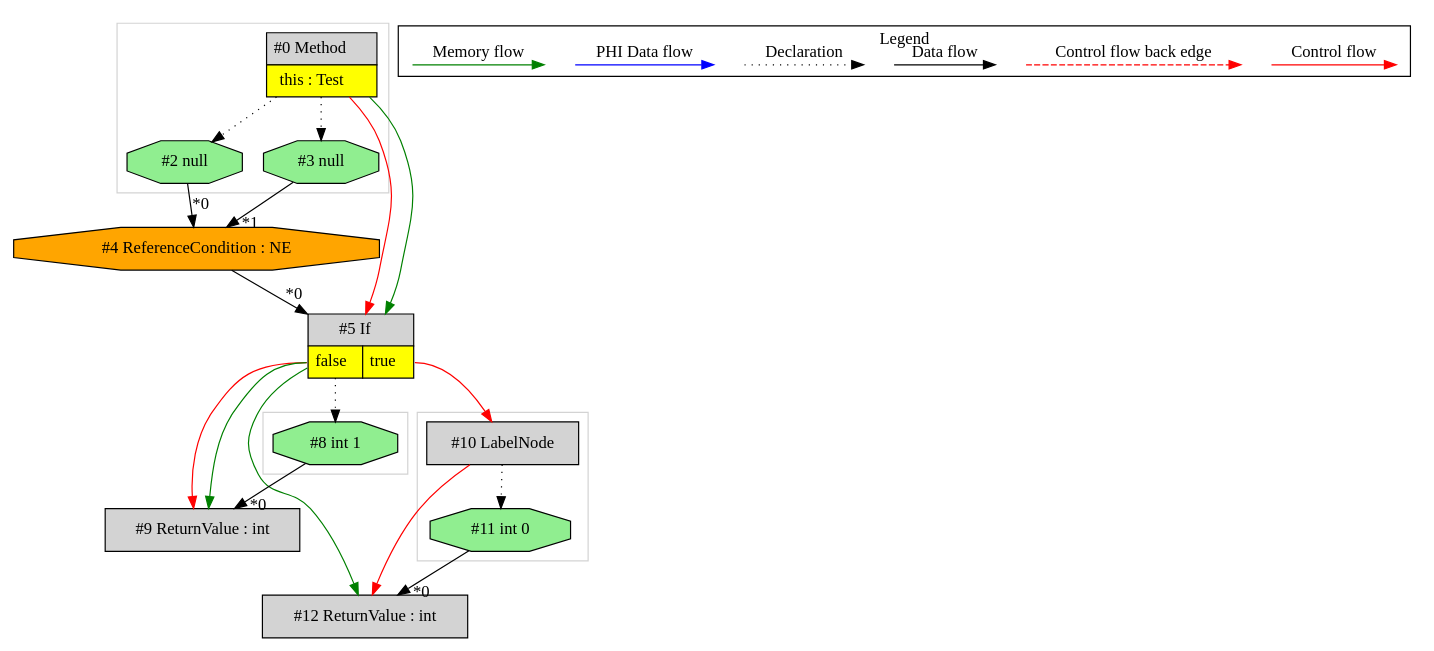
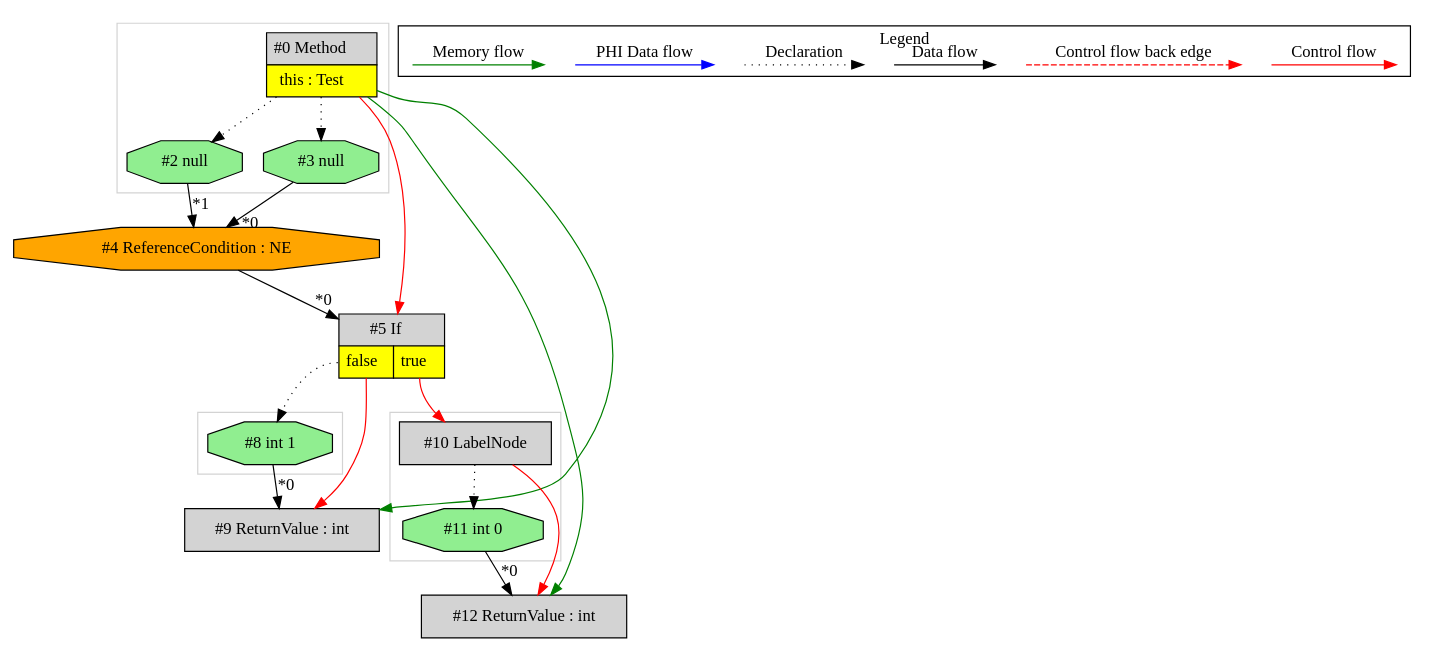
The diagram in de.mirkosertic.metair.ir.OpcodeIFACMPNETest/test_IF_ACMPNE/ir.dot (mirkosertic/MetaIR), drawn with Graphviz before and after one commit. The commit also changed 1370 other files, not shown here.

```diff
--- a/de.mirkosertic.metair.ir.OpcodeIFACMPNETest/test_IF_ACMPNE/ir.dot
+++ b/de.mirkosertic.metair.ir.OpcodeIFACMPNETest/test_IF_ACMPNE/ir.dot
@@ -1,70 +1,69 @@
 digraph {
  ordering="in";
  node0[margin="0", label=<<table border="0" cellborder="1" cellspacing="0" cellpadding="5"><tr><td colspan="1">#0 Method</td></tr><tr><td port="prj1" bgcolor="yellow">this : Test</td></tr></table>>,shape=none, fillcolor=lightgrey, style=filled];
- node3[label="#3 null",shape=octagon, fillcolor=lightgreen, style=filled];
- node0 -> node3[style=dotted];
- node4[label="#4 ReferenceCondition : NE",shape=octagon, fillcolor=orange, style=filled];
- node2 -> node4[headlabel="*0", labeldistance=2];
- node3 -> node4[headlabel="*1", labeldistance=2];
- node2[label="#2 null",shape=octagon, fillcolor=lightgreen, style=filled];
- node0 -> node2[style=dotted];
  node5[margin="0", label=<<table border="0" cellborder="1" cellspacing="0" cellpadding="5"><tr><td colspan="2">#5 If</td></tr><tr><td port="prj6" bgcolor="yellow">false</td><td port="prj7" bgcolor="yellow">true</td></tr></table>>,shape=none, fillcolor=lightgrey, style=filled];
  node4 -> node5[headlabel="*0", labeldistance=2];
  node0 -> node5[labeldistance=2, color=red, fontcolor=red];
- node0 -> node5[labeldistance=2, color=green, constraint=false];
+ node4[label="#4 ReferenceCondition : NE",shape=octagon, fillcolor=orange, style=filled];
+ node3 -> node4[headlabel="*0", labeldistance=2];
+ node2 -> node4[headlabel="*1", labeldistance=2];
+ node2[label="#2 null",shape=octagon, fillcolor=lightgreen, style=filled];
+ node0 -> node2[style=dotted];
+ node3[label="#3 null",shape=octagon, fillcolor=lightgreen, style=filled];
+ node0 -> node3[style=dotted];
  node10[label="#10 LabelNode",shape=box, fillcolor=lightgrey, style=filled];
  node5:prj7 -> node10[labeldistance=2, color=red, fontcolor=red];
- node11[label="#11 int 0",shape=octagon, fillcolor=lightgreen, style=filled];
- node10 -> node11[style=dotted];
  node12[label="#12 ReturnValue : int",shape=box, fillcolor=lightgrey, style=filled];
  node11 -> node12[headlabel="*0", labeldistance=2];
  node10 -> node12[labeldistance=2, color=red, fontcolor=red];
- node5 -> node12[labeldistance=2, color=green, constraint=false];
+ node0 -> node12[labeldistance=2, color=green, constraint=false];
+ node11[label="#11 int 0",shape=octagon, fillcolor=lightgreen, style=filled];
+ node10 -> node11[style=dotted];
  node8[label="#8 int 1",shape=octagon, fillcolor=lightgreen, style=filled];
  node5:prj6 -> node8[style=dotted];
  node9[label="#9 ReturnValue : int",shape=box, fillcolor=lightgrey, style=filled];
  node8 -> node9[headlabel="*0", labeldistance=2];
  node5:prj6 -> node9[labeldistance=2, color=red, fontcolor=red];
- node5 -> node9[labeldistance=2, color=green, constraint=false];
+ node0 -> node9[labeldistance=2, color=green, constraint=false];
  subgraph cluster_0 {
   color=lightgray;
-  node10;
-  node11;
+  node8;
  }
  subgraph cluster_1 {
   color=lightgray;
   node0;
   node2;
   node3;
  }
  subgraph cluster_2 {
   color=lightgray;
-  node8;
+  node10;
+  node11;
  }
  subgraph cluster_000 {
   label = "Legend";
   node [shape=point]
   {
    rank=same;
    c0 [style = invis];
    c1 [style = invis];
    c2 [style = invis];
    c3 [style = invis];
    d0 [style = invis];
    d1 [style = invis];
    d2 [style = invis];
    d3 [style = invis];
    d4 [style = invis];
    d5 [style = invis];
    d6 [style = invis];
    d7 [style = invis];
   }
   c0 -> c1 [label="Control flow", style=solid, color=red]
   c2 -> c3 [label="Control flow back edge", style=dashed, color=red]
   d0 -> d1 [label="Data flow"]
   d2 -> d3 [label="Declaration", style=dotted]
   d4 -> d5 [label="PHI Data flow", color=blue]
   d6 -> d7 [label="Memory flow", color=green]
  }
 
 }
```
